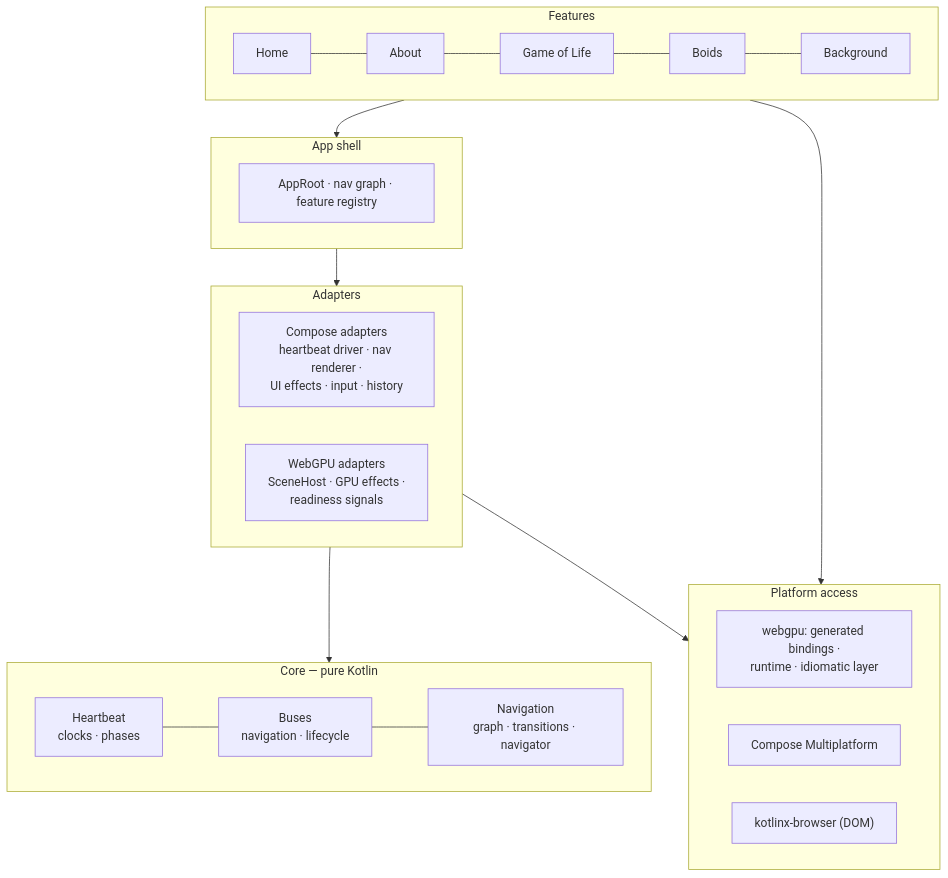
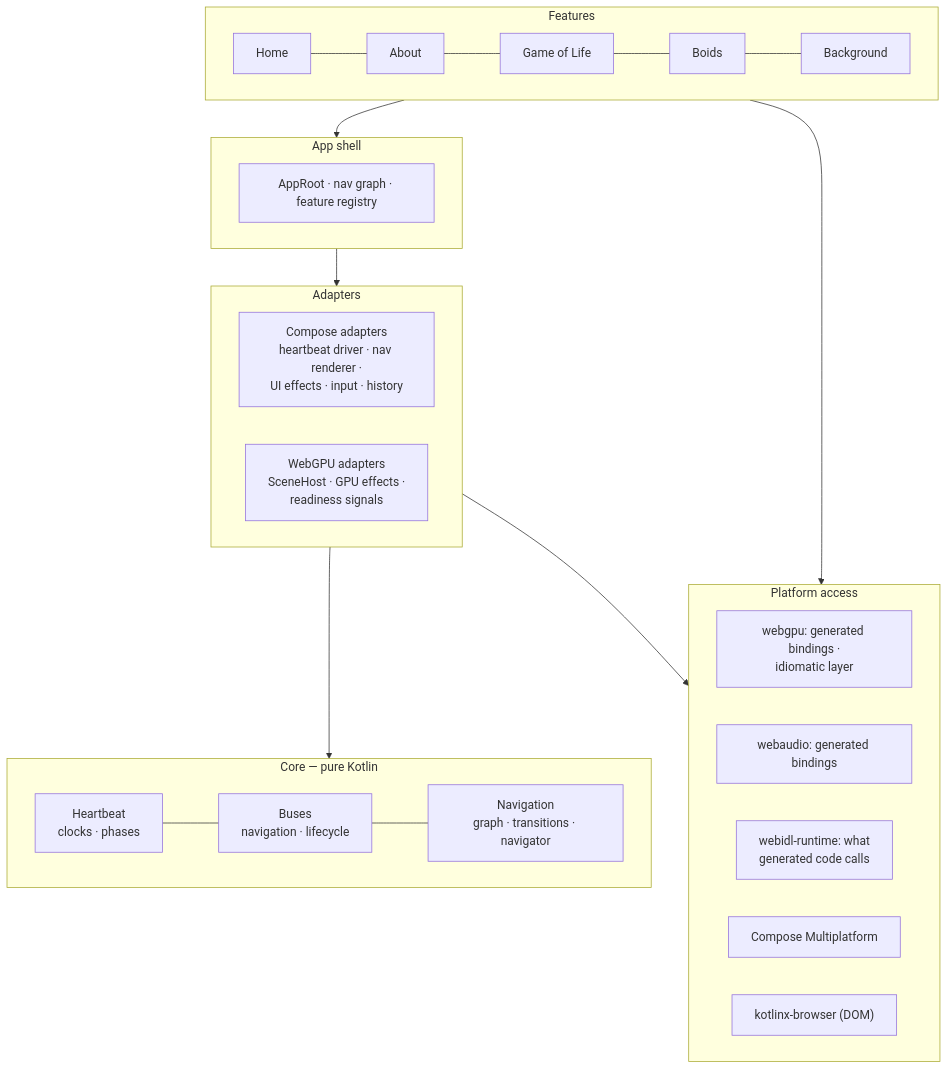
Before and after one commit to maximums/maximums.github.io: the second of 8 diagrams in ARCHITECTURE.md, drawn with Mermaid. The commit also changed other lines of this file and 63 other files, not shown here.

````diff
--- a/ARCHITECTURE.md
+++ b/ARCHITECTURE.md
@@ -36,29 +36,31 @@
 ```mermaid
 flowchart TB
     subgraph L5["Features"]
         direction LR
         Home["Home"] --- About["About"] --- Life["Game of Life"] --- Boids["Boids"] --- Bg["Background"]
     end
     subgraph L4["App shell"]
         direction LR
         Root["AppRoot · nav graph · feature registry"]
     end
     subgraph L3["Adapters"]
         direction LR
         CA["Compose adapters<br/>heartbeat driver · nav renderer ·<br/>UI effects · input · history"]
         GA["WebGPU adapters<br/>SceneHost · GPU effects ·<br/>readiness signals"]
     end
     subgraph L2["Core — pure Kotlin"]
         direction LR
         HB["Heartbeat<br/>clocks · phases"] --- Bus["Buses<br/>navigation · lifecycle"] --- Nav["Navigation<br/>graph · transitions · navigator"]
     end
     subgraph L1["Platform access"]
         direction LR
-        WG["webgpu: generated bindings ·<br/>runtime · idiomatic layer"]
+        WG["webgpu: generated bindings ·<br/>idiomatic layer"]
+        WA["webaudio: generated bindings"]
+        RT["webidl-runtime: what<br/>generated code calls"]
         CMP["Compose Multiplatform"]
         KB["kotlinx-browser (DOM)"]
     end
     L5 --> L4 --> L3 --> L2
     L3 --> L1
     L5 --> L1
 ```
````
